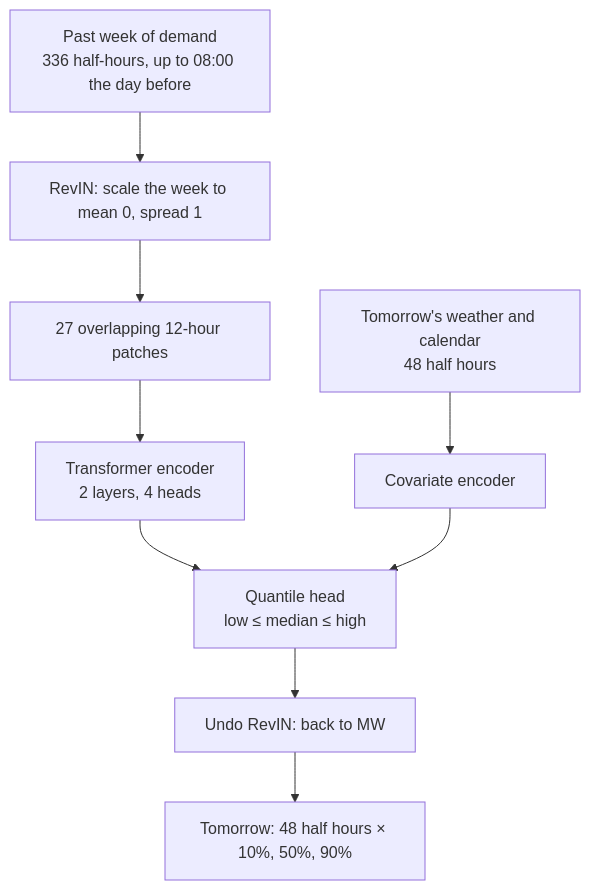
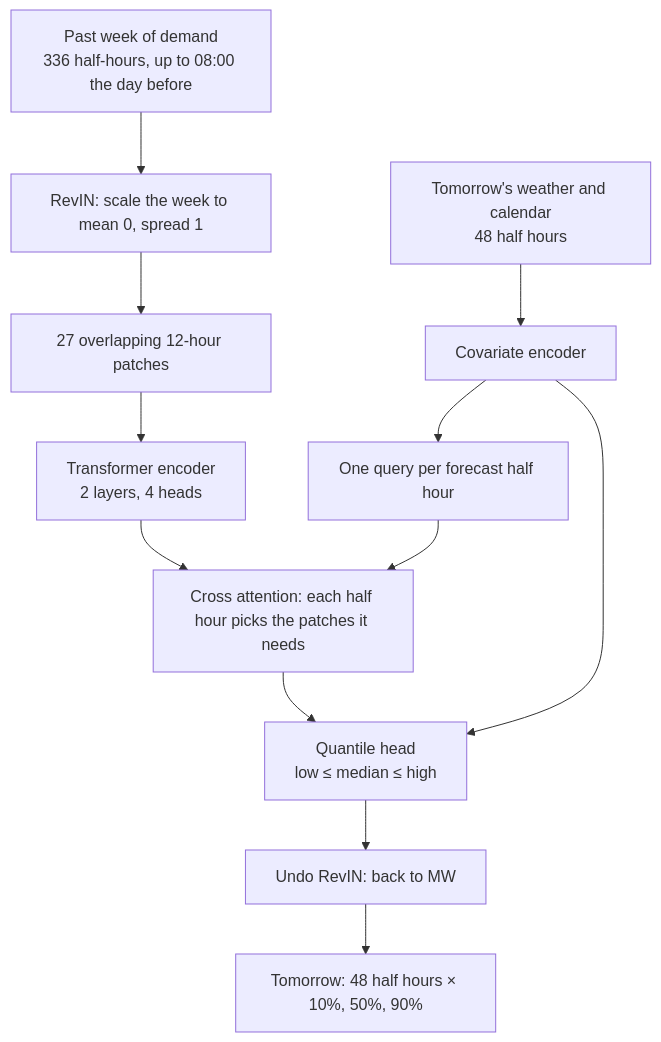
Before and after one commit to osamasibair/Electricity-Market-Forecasting-End-to-End-ML-Pipeline: the first of 2 diagrams in README.md, drawn with Mermaid. The commit also changed other lines of this file and 9 other files, not shown here.

Commit message:
cross attention

````diff
--- a/README.md
+++ b/README.md
@@ -53,11 +53,14 @@
 ```mermaid
 flowchart TD
     week["Past week of demand<br/>336 half-hours, up to 08:00 the day before"] --> revin["RevIN: scale the week to mean 0, spread 1"]
     revin --> patches["27 overlapping 12-hour patches"]
     patches --> encoder["Transformer encoder<br/>2 layers, 4 heads"]
     inputs["Tomorrow's weather and calendar<br/>48 half hours"] --> covariates["Covariate encoder"]
-    encoder --> head["Quantile head<br/>low ≤ median ≤ high"]
+    covariates --> query["One query per forecast half hour"]
+    encoder --> cross["Cross attention: each half hour picks the patches it needs"]
+    query --> cross
+    cross --> head["Quantile head<br/>low ≤ median ≤ high"]
     covariates --> head
     head --> undo["Undo RevIN: back to MW"]
     undo --> out["Tomorrow: 48 half hours × 10%, 50%, 90%"]
 ```
````
